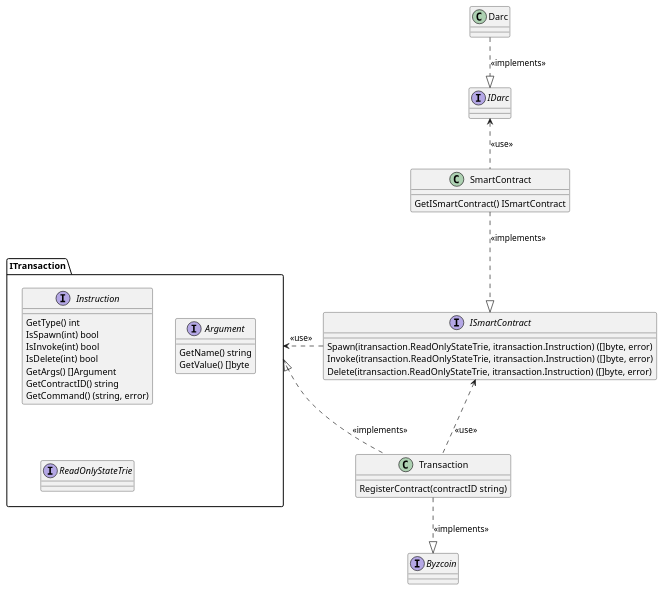
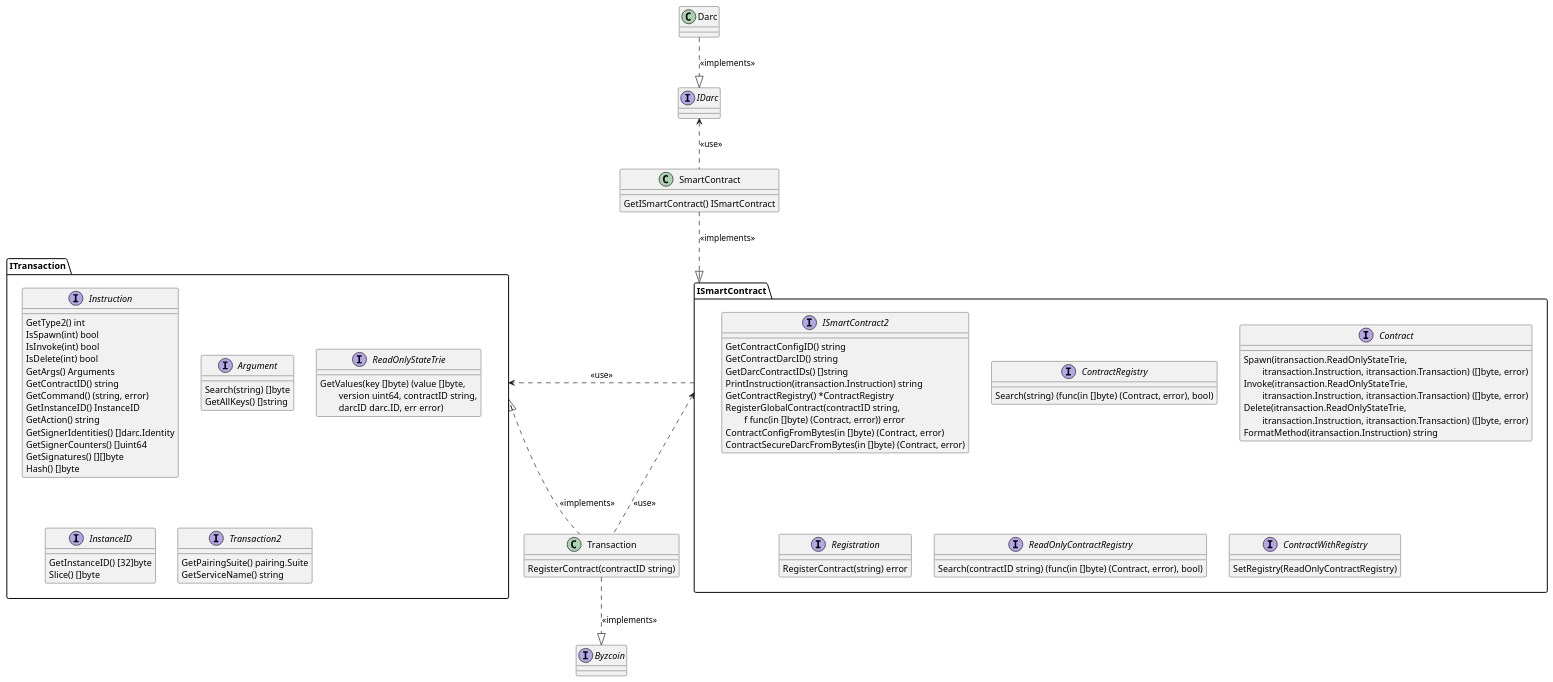
Before and after one commit to dedis/smartcoin: the diagram in design/UML-class.puml, drawn with PlantUML. The commit also changed 1 other file, not shown here.

Commit message:
Updates the class diagram

```diff
--- a/design/UML-class.puml
+++ b/design/UML-class.puml
@@ -1,54 +1,94 @@
 @startuml
 
 class Darc {
 }
 
 interface IDarc {
 }
 
 Darc ..|> IDarc : <<implements>>
 IDarc <.. SmartContract : <<use>>
 
 class SmartContract {
   GetISmartContract() ISmartContract
 }
 
 package ITransaction {
-interface Instruction {
-	GetType() int
-	IsSpawn(int) bool
-	IsInvoke(int) bool
-	IsDelete(int) bool
-	GetArgs() []Argument
-	GetContractID() string
-	GetCommand() (string, error)
-}
+  interface Instruction {
+	  GetType2() int
+	  IsSpawn(int) bool
+	  IsInvoke(int) bool
+	  IsDelete(int) bool
+	  GetArgs() Arguments
+	  GetContractID() string
+	  GetCommand() (string, error)
+	  GetInstanceID() InstanceID
+	  GetAction() string
+	  GetSignerIdentities() []darc.Identity
+	  GetSignerCounters() []uint64
+	  GetSignatures() [][]byte
+	  Hash() []byte
+  }
   interface Argument {
-    GetName() string
-    GetValue() []byte
+	  Search(string) []byte
+	  GetAllKeys() []string
   }
   interface ReadOnlyStateTrie {
+	  GetValues(key []byte) (value []byte,\n\tversion uint64, contractID string,\n\tdarcID darc.ID, err error)
+  }
+  interface InstanceID {
+	  GetInstanceID() [32]byte
+	  Slice() []byte
+  }
+  interface Transaction2 {
+	  GetPairingSuite() pairing.Suite
+	  GetServiceName() string
   }
 }
 
 ISmartContract .right.> ITransaction : <<use>>
 ITransaction <|.. Transaction : <<implements>>
 
-interface ISmartContract {
-  Spawn(itransaction.ReadOnlyStateTrie, itransaction.Instruction) ([]byte, error) 
-  Invoke(itransaction.ReadOnlyStateTrie, itransaction.Instruction) ([]byte, error)
-  Delete(itransaction.ReadOnlyStateTrie, itransaction.Instruction) ([]byte, error)
+package ISmartContract {
+  interface ISmartContract2 {
+	  GetContractConfigID() string
+	  GetContractDarcID() string
+	  GetDarcContractIDs() []string
+	  PrintInstruction(itransaction.Instruction) string
+	  GetContractRegistry() *ContractRegistry
+	  RegisterGlobalContract(contractID string, \n\tf func(in []byte) (Contract, error)) error
+	  ContractConfigFromBytes(in []byte) (Contract, error)
+	  ContractSecureDarcFromBytes(in []byte) (Contract, error)
+  }
+  interface ContractRegistry {
+	  Search(string) (func(in []byte) (Contract, error), bool)
+  }
+  interface Contract {
+	  Spawn(itransaction.ReadOnlyStateTrie, \n\titransaction.Instruction, itransaction.Transaction) ([]byte, error)
+	  Invoke(itransaction.ReadOnlyStateTrie, \n\titransaction.Instruction, itransaction.Transaction) ([]byte, error)
+	  Delete(itransaction.ReadOnlyStateTrie, \n\titransaction.Instruction, itransaction.Transaction) ([]byte, error)
+	  FormatMethod(itransaction.Instruction) string
+  }
+  interface Registration {
+    RegisterContract(string) error
+  }
+  interface ReadOnlyContractRegistry {
+    Search(contractID string) (func(in []byte) (Contract, error), bool)  
+  }
+  interface ContractWithRegistry {
+    SetRegistry(ReadOnlyContractRegistry)  
+  }
 }
 
 class Transaction {
   RegisterContract(contractID string)
 }
 
 interface Byzcoin {
 }
 
 Transaction ..|> Byzcoin : <<implements>>
 
 ISmartContract <.. Transaction : <<use>>
 SmartContract ..|> ISmartContract : <<implements>>
 @enduml
```
